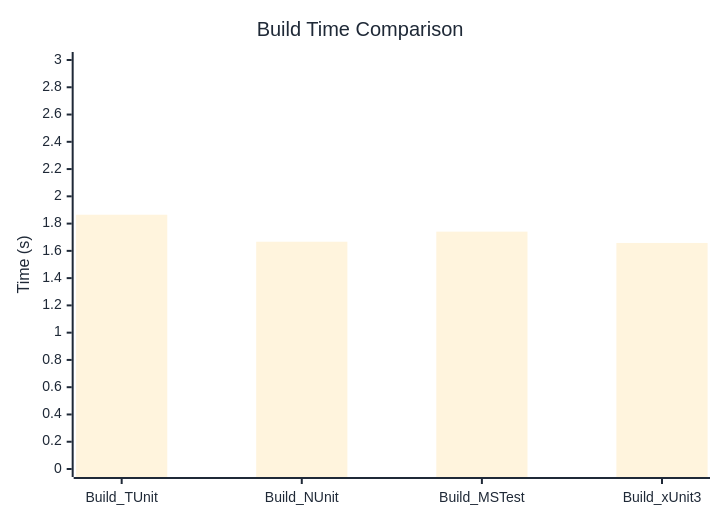
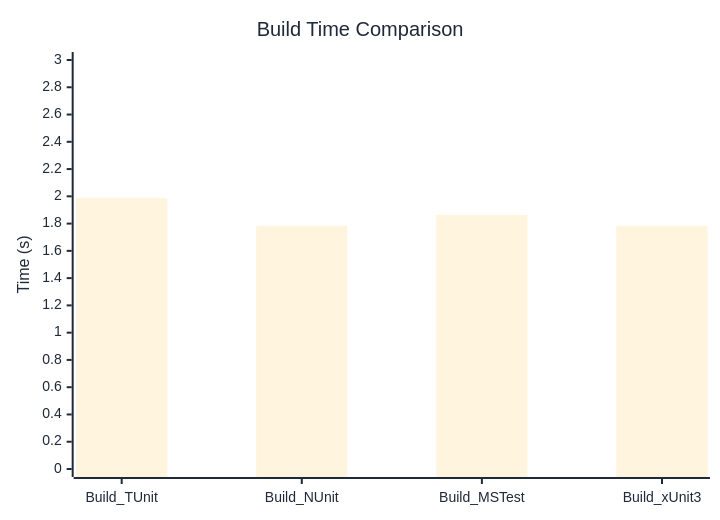
The diagram in docs/docs/benchmarks/BuildTime.md (thomhurst/TUnit), drawn with Mermaid before and after one commit. The commit also changed other lines of this file and 17 other files, not shown here.

````diff
--- a/docs/docs/benchmarks/BuildTime.md
+++ b/docs/docs/benchmarks/BuildTime.md
@@ -28,37 +28,37 @@
 ```mermaid
 %%{init: {
   'theme':'base',
   'themeVariables': {
     'primaryColor': '#2563eb',
     'primaryTextColor': '#1f2937',
     'primaryBorderColor': '#1e40af',
     'lineColor': '#6b7280',
     'secondaryColor': '#7c3aed',
     'tertiaryColor': '#dc2626',
     'background': '#ffffff',
     'mainBkg': '#2563eb',
     'secondBkg': '#7c3aed',
     'tertiaryBkg': '#dc2626',
     'clusterBkg': '#f3f4f6',
     'edgeLabelBackground': '#ffffff',
     'tertiaryTextColor': '#1f2937',
     'pie1': '#2563eb',
     'pie2': '#7c3aed',
     'pie3': '#dc2626',
     'pie4': '#f59e0b',
     'pie5': '#10b981',
     'pie6': '#06b6d4',
     'pie7': '#ec4899',
     'pie8': '#6366f1',
     'pie9': '#84cc16',
     'pie10': '#f97316',
     'pie11': '#14b8a6',
     'pie12': '#a855f7'
   }
 }}%%
 xychart-beta
   title "Build Time Comparison"
   x-axis ["Build_TUnit", "Build_NUnit", "Build_MSTest", "Build_xUnit3"]
   y-axis "Time (s)" 0 --> 3
-  bar [1.865, 1.667, 1.741, 1.658]
+  bar [1.987, 1.784, 1.864, 1.784]
 ```
````
